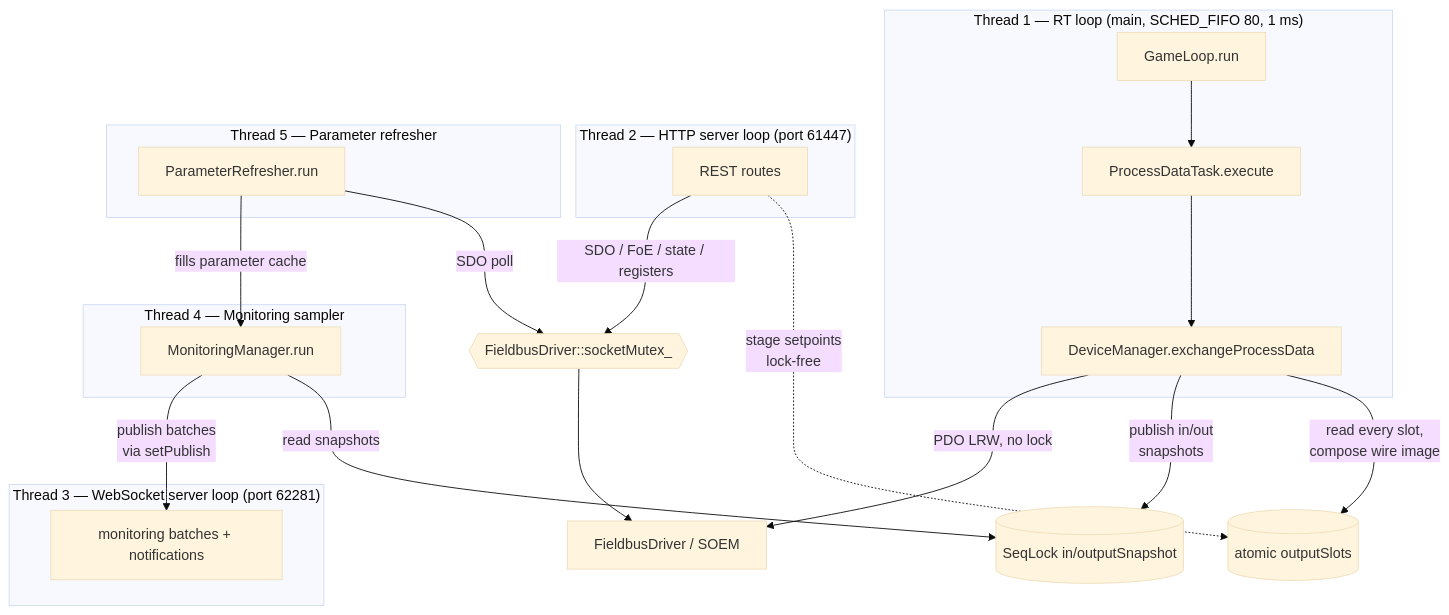
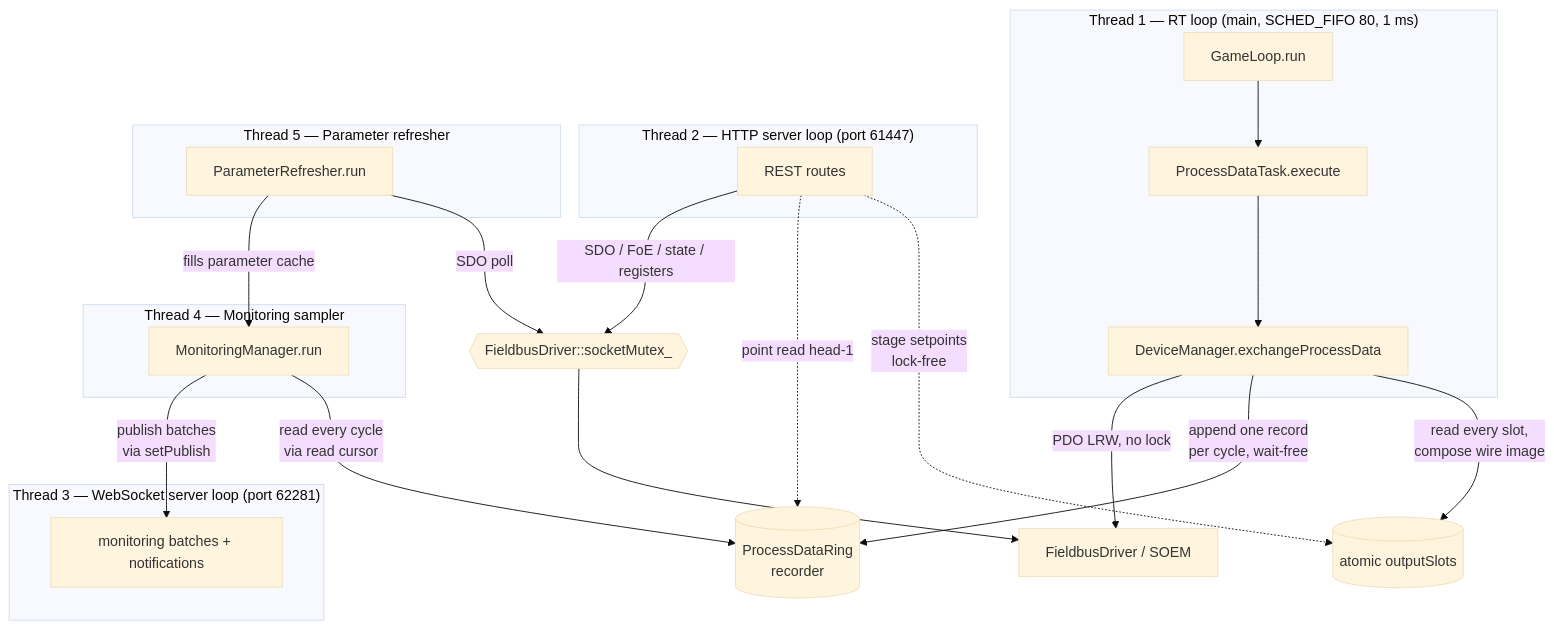
One commit to synapticon/motion-master changed the diagram in docs/THREADS.md. Above: the diagram before and after it, drawn with Mermaid (base theme). The commit also changed other lines of this file and 1 other file, not shown here.

First line of the commit message:
docs: reflect the lossless recorder ring in the class & threading diagrams

````diff
--- a/docs/THREADS.md
+++ b/docs/THREADS.md
@@ -16,30 +16,31 @@
 ```mermaid
 flowchart TB
     subgraph RT["Thread 1 — RT loop (main, SCHED_FIFO 80, 1 ms)"]
         GL[GameLoop.run] --> PDT[ProcessDataTask.execute]
         PDT --> EPD[DeviceManager.exchangeProcessData]
     end
     subgraph HSRV["Thread 2 — HTTP server loop (port 61447)"]
         HTTP[REST routes]
     end
     subgraph WSRV["Thread 3 — WebSocket server loop (port 62281)"]
         WS[monitoring batches + notifications]
     end
     subgraph SAMP["Thread 4 — Monitoring sampler"]
         MS[MonitoringManager.run]
     end
     subgraph REF["Thread 5 — Parameter refresher"]
         PR[ParameterRefresher.run]
     end
 
     HTTP -.->|stage setpoints<br/>lock-free| SLOTS[(atomic outputSlots)]
     EPD -->|read every slot,<br/>compose wire image| SLOTS
-    EPD -->|publish in/out<br/>snapshots| SEQ[(SeqLock in/outputSnapshot)]
-    MS -->|read snapshots| SEQ
+    EPD -->|append one record<br/>per cycle, wait-free| RING[(ProcessDataRing<br/>recorder)]
+    MS -->|read every cycle<br/>via read cursor| RING
+    HTTP -.->|point read head-1| RING
     HTTP -->|SDO / FoE / state / registers| SM{{FieldbusDriver::socketMutex_}}
     PR -->|SDO poll| SM
     SM --> DRV[FieldbusDriver / SOEM]
     EPD -->|PDO LRW, no lock| DRV
     MS -->|publish batches<br/>via setPublish| WS
     PR -->|fills parameter cache| MS
 ```
````
